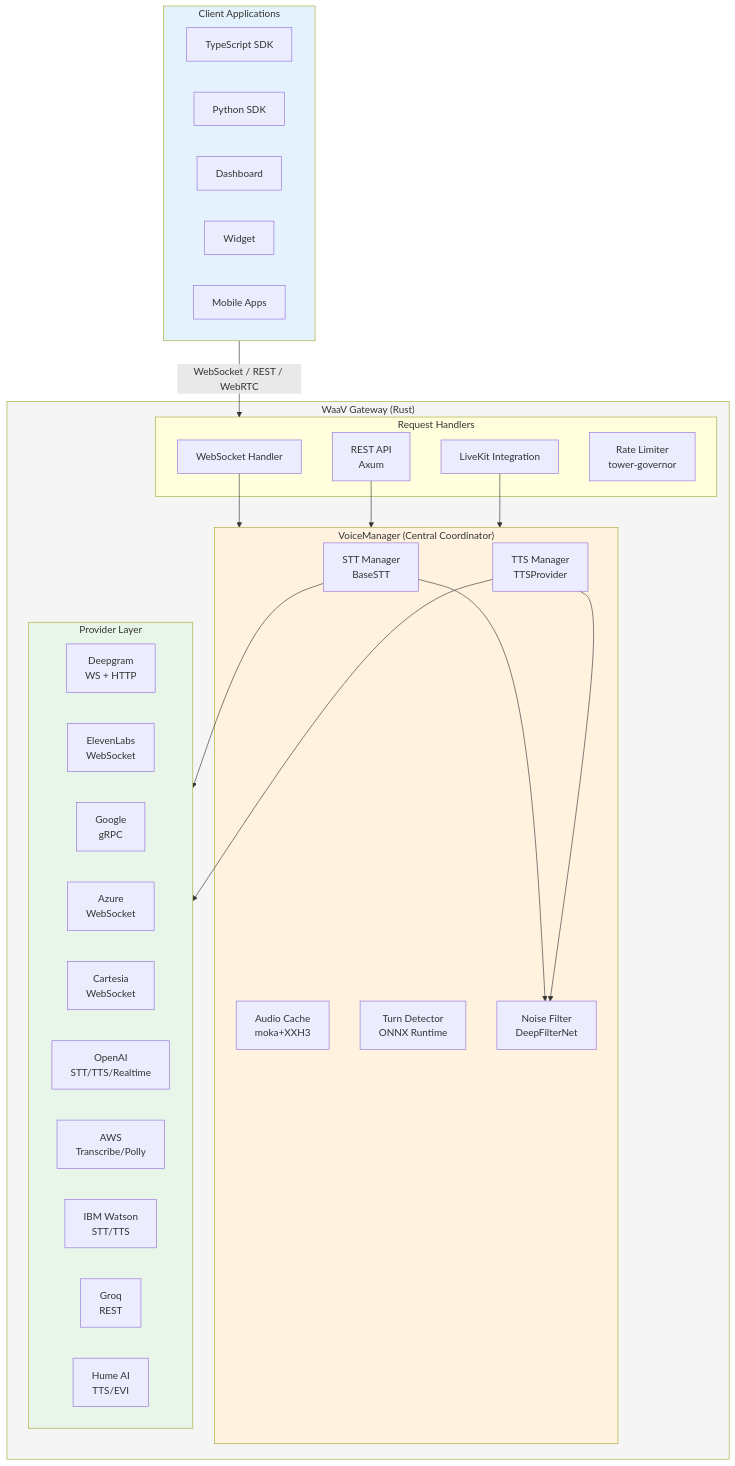
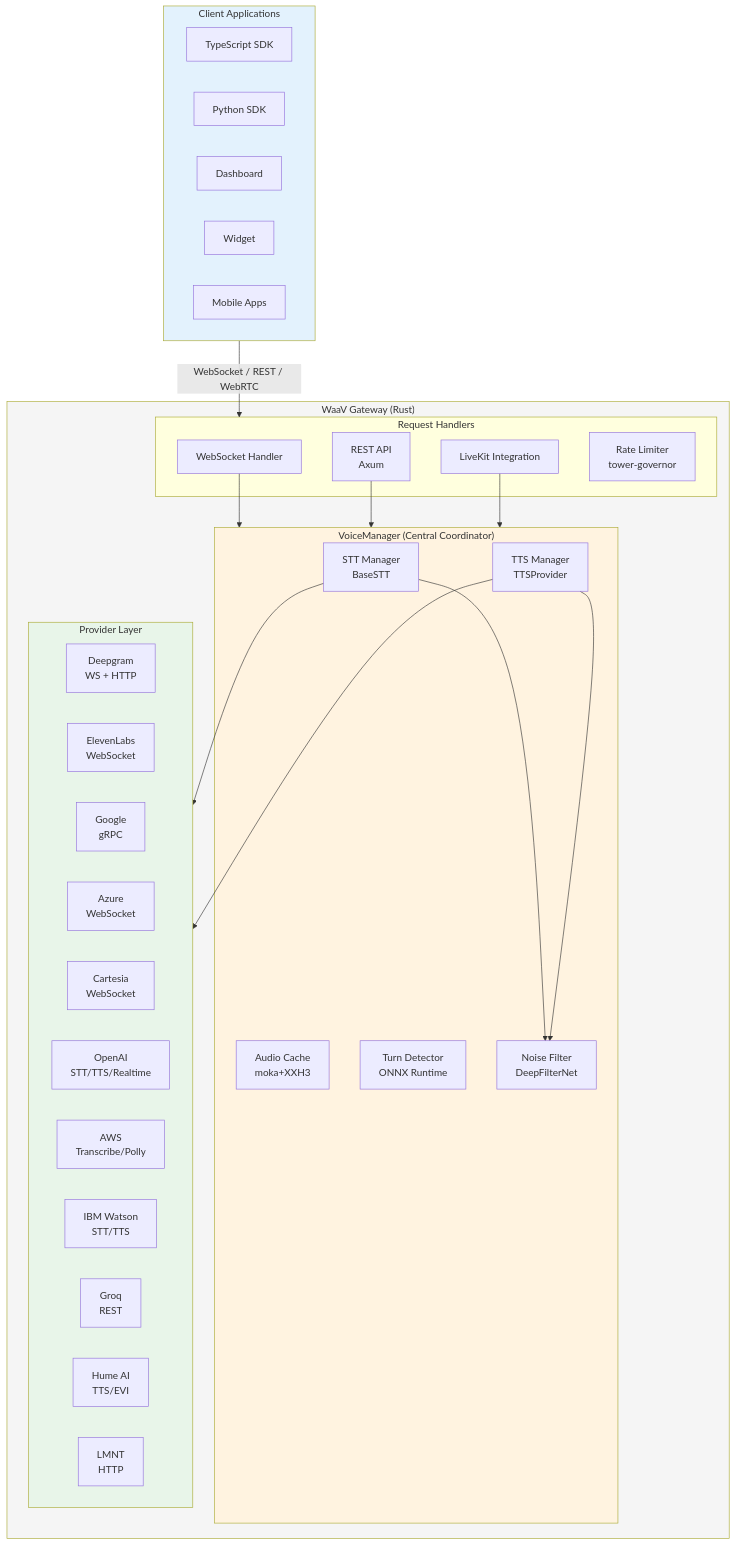
One commit to BudEcosystem/WaaV changed the second of 2 diagrams in README.md. Above: the diagram before and after it, drawn with Mermaid. The commit also changed other lines of this file and 22 other files, not shown here.

````diff
--- a/README.md
+++ b/README.md
@@ -256,54 +257,55 @@
 ```mermaid
 graph TB
     subgraph Clients["Client Applications"]
         TS[TypeScript SDK]
         PY[Python SDK]
         DASH[Dashboard]
         WIDG[Widget]
         MOB[Mobile Apps]
     end
 
     subgraph Gateway["WaaV Gateway (Rust)"]
         subgraph Handlers["Request Handlers"]
             WS[WebSocket Handler]
             REST[REST API<br/>Axum]
             LK[LiveKit Integration]
             RL[Rate Limiter<br/>tower-governor]
         end
 
         subgraph VM["VoiceManager (Central Coordinator)"]
             STT[STT Manager<br/>BaseSTT]
             TTS[TTS Manager<br/>TTSProvider]
             CACHE[Audio Cache<br/>moka+XXH3]
             TURN[Turn Detector<br/>ONNX Runtime]
             NF[Noise Filter<br/>DeepFilterNet]
         end
 
         subgraph Providers["Provider Layer"]
             DG[Deepgram<br/>WS + HTTP]
             EL[ElevenLabs<br/>WebSocket]
             GC[Google<br/>gRPC]
             AZ[Azure<br/>WebSocket]
             CA[Cartesia<br/>WebSocket]
             OAI[OpenAI<br/>STT/TTS/Realtime]
             AWS[AWS<br/>Transcribe/Polly]
             IBM[IBM Watson<br/>STT/TTS]
             GRQ[Groq<br/>REST]
             HUM[Hume AI<br/>TTS/EVI]
+            LMNT[LMNT<br/>HTTP]
         end
     end
 
     Clients -->|WebSocket / REST / WebRTC| Handlers
     WS --> VM
     REST --> VM
     LK --> VM
     STT --> NF
     TTS --> NF
     STT --> Providers
     TTS --> Providers
 
     style Clients fill:#e3f2fd
     style Gateway fill:#f5f5f5
     style VM fill:#fff3e0
     style Providers fill:#e8f5e9
 ```
````
